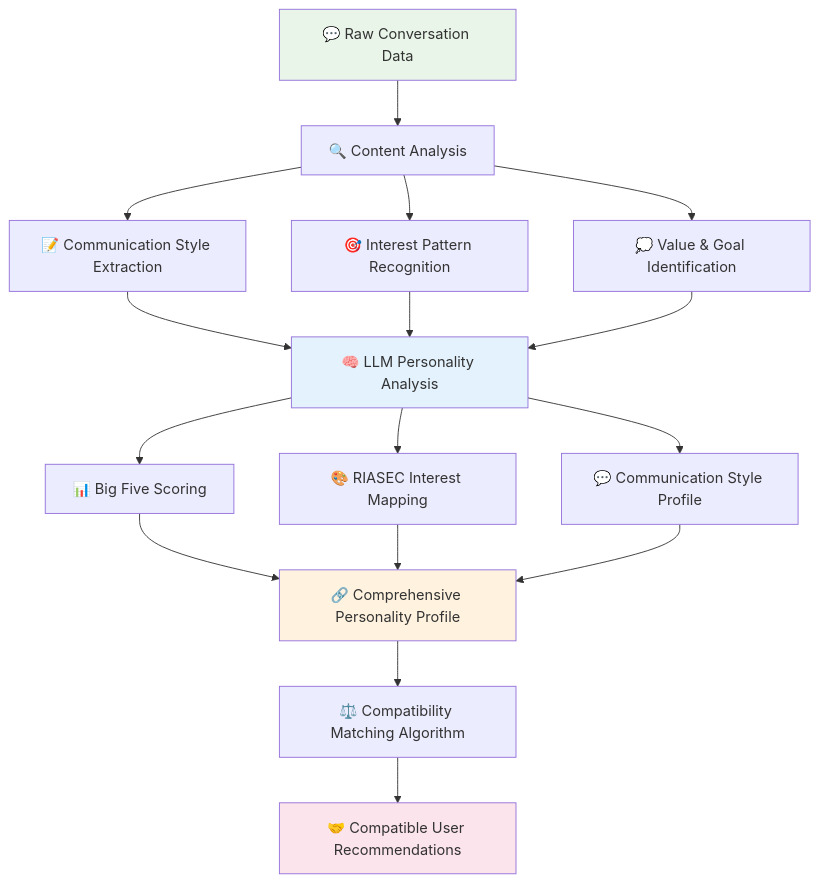
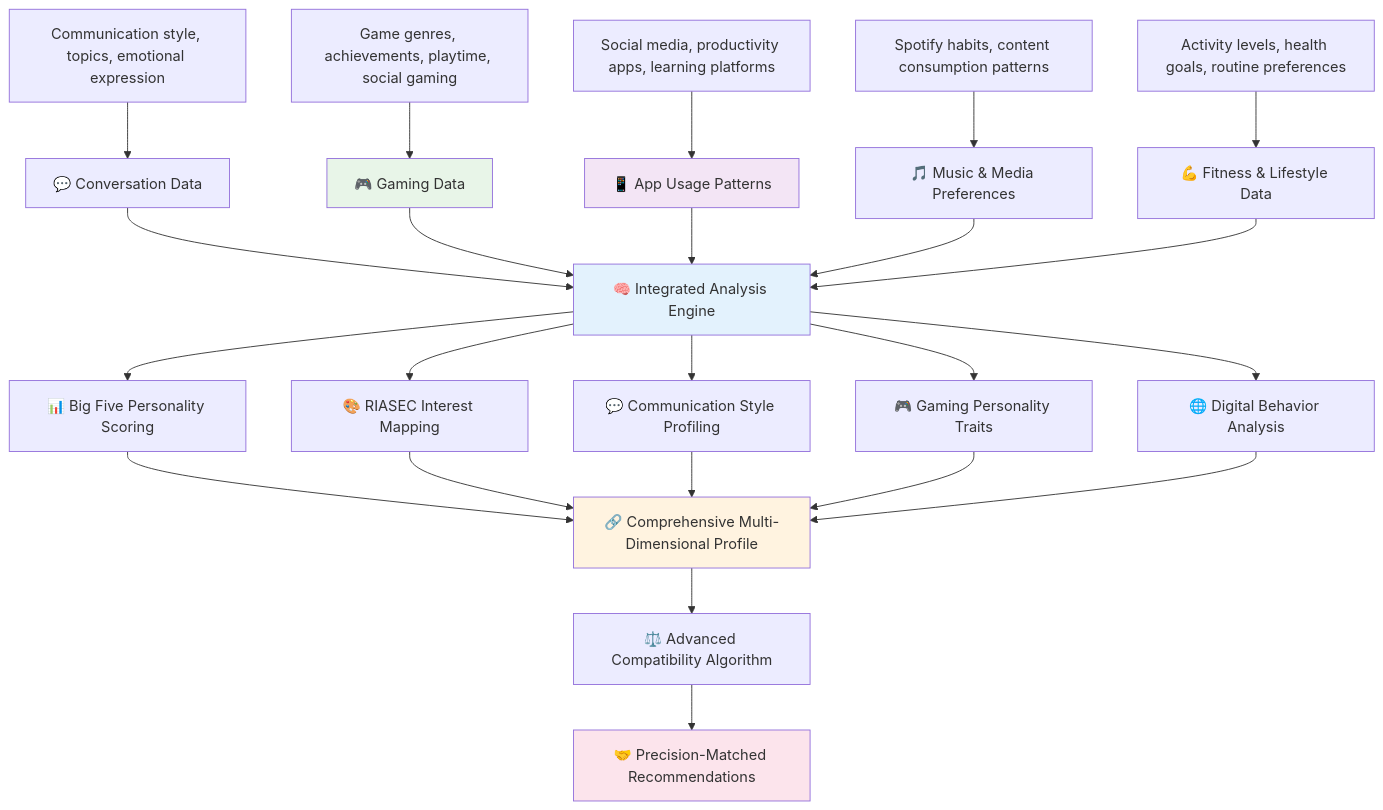
The second of 4 diagrams in README.md (TattedLawyer/YapChat), drawn with Mermaid before and after one commit. The commit also changed other lines of this file, not shown here.

````diff
--- a/README.md
+++ b/README.md
@@ -110,27 +112,35 @@
 ```mermaid
 graph TD
-    A["💬 Raw Conversation Data"] --> B["🔍 Content Analysis"]
-    B --> C["📝 Communication Style Extraction"]
-    B --> D["🎯 Interest Pattern Recognition"]
-    B --> E["💭 Value & Goal Identification"]
+    A["💬 Conversation Data"] --> F["🧠 Integrated Analysis Engine"]
+    B["🎮 Gaming Data"] --> F
+    C["📱 App Usage Patterns"] --> F
+    D["🎵 Music & Media Preferences"] --> F
+    E["💪 Fitness & Lifestyle Data"] --> F
     
-    C --> F["🧠 LLM Personality Analysis"]
-    D --> F
-    E --> F
+    A1["Communication style, topics, emotional expression"] --> A
+    B1["Game genres, achievements, playtime, social gaming"] --> B
+    C1["Social media, productivity apps, learning platforms"] --> C
+    D1["Spotify habits, content consumption patterns"] --> D
+    E1["Activity levels, health goals, routine preferences"] --> E
     
-    F --> G["📊 Big Five Scoring"]
+    F --> G["📊 Big Five Personality Scoring"]
     F --> H["🎨 RIASEC Interest Mapping"]
-    F --> I["💬 Communication Style Profile"]
+    F --> I["💬 Communication Style Profiling"]
+    F --> J["🎮 Gaming Personality Traits"]
+    F --> K["🌐 Digital Behavior Analysis"]
     
-    G --> J["🔗 Comprehensive Personality Profile"]
-    H --> J
-    I --> J
+    G --> L["🔗 Comprehensive Multi-Dimensional Profile"]
+    H --> L
+    I --> L
+    J --> L
+    K --> L
     
-    J --> K["⚖️ Compatibility Matching Algorithm"]
-    K --> L["🤝 Compatible User Recommendations"]
+    L --> M["⚖️ Advanced Compatibility Algorithm"]
+    M --> N["🤝 Precision-Matched Recommendations"]
     
-    style A fill:#e8f5e8
     style F fill:#e3f2fd
-    style J fill:#fff3e0
-    style L fill:#fce4ec
+    style L fill:#fff3e0
+    style N fill:#fce4ec
+    style B fill:#e8f5e8
+    style C fill:#f3e5f5
 ```
````
